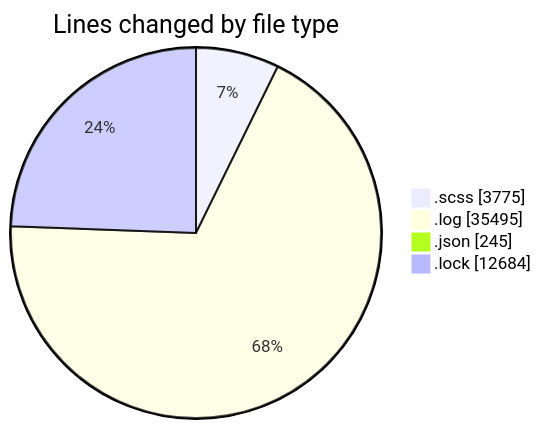
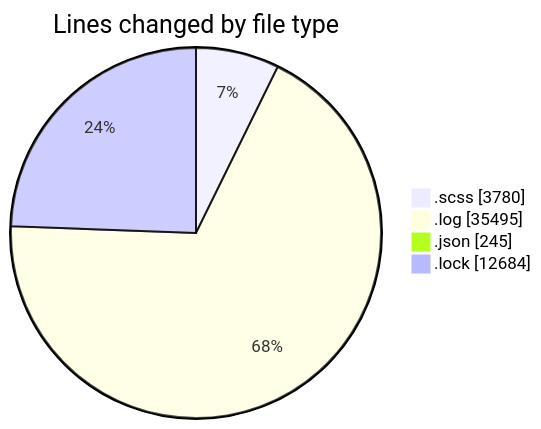
The first of 2 diagrams in 2026-01-21/cda/README.md (momahboobian/code-tracking), drawn with Mermaid before and after one commit. The commit also changed other lines of this file and 1 other file, not shown here.

````diff
--- a/2026-01-21/cda/README.md
+++ b/2026-01-21/cda/README.md
@@ -41,8 +41,8 @@
 ```mermaid
 pie showData
 title Lines changed by file type
-".scss" : 3775
+".scss" : 3780
 ".log" : 35495
 ".json" : 245
 ".lock" : 12684
 ```
````
